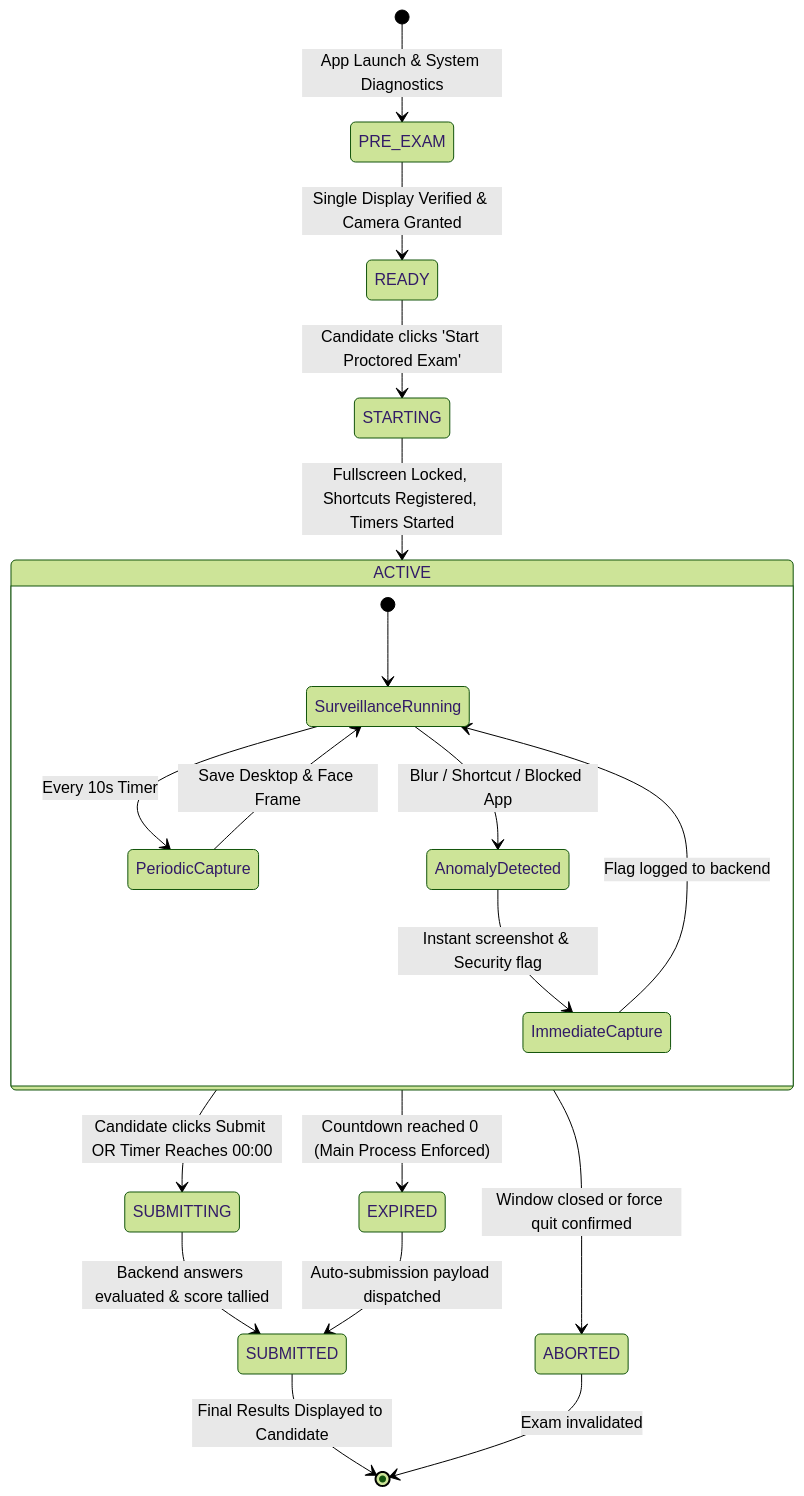
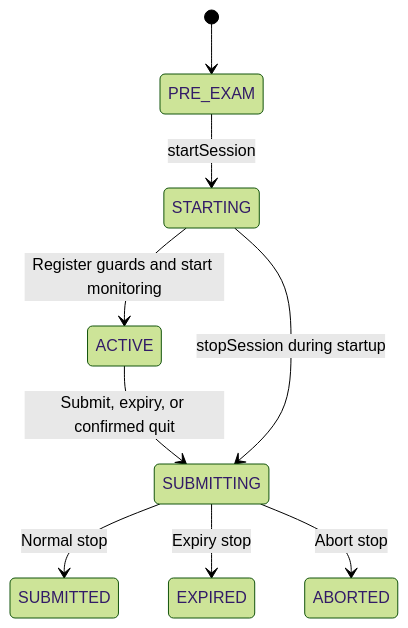
The second of 4 diagrams in docs/SYSTEM_DOCUMENTATION.md (nipun1803/Proctorly), drawn with Mermaid (forest theme) before and after one commit. The commit also changed other lines of this file and 3 other files, not shown here.

Commit message:
docs: add clear local setup instructions and update system and backend documentation

````diff
--- a/docs/SYSTEM_DOCUMENTATION.md
+++ b/docs/SYSTEM_DOCUMENTATION.md
@@ -77,26 +384,11 @@
 ```mermaid
 stateDiagram-v2
-    [*] --> PRE_EXAM: App Launch & System Diagnostics
-    PRE_EXAM --> READY: Single Display Verified & Camera Granted
-    READY --> STARTING: Candidate clicks 'Start Proctored Exam'
-    STARTING --> ACTIVE: Fullscreen Locked, Shortcuts Registered, Timers Started
-    
-    state ACTIVE {
-        [*] --> SurveillanceRunning
-        SurveillanceRunning --> PeriodicCapture: Every 10s Timer
-        PeriodicCapture --> SurveillanceRunning: Save Desktop & Face Frame
-        
-        SurveillanceRunning --> AnomalyDetected: Blur / Shortcut / Blocked App
-        AnomalyDetected --> ImmediateCapture: Instant screenshot & Security flag
-        ImmediateCapture --> SurveillanceRunning: Flag logged to backend
-    }
-    
-    ACTIVE --> SUBMITTING: Candidate clicks Submit OR Timer Reaches 00:00
-    ACTIVE --> ABORTED: Window closed or force quit confirmed
-    ACTIVE --> EXPIRED: Countdown reached 0 (Main Process Enforced)
-    
-    SUBMITTING --> SUBMITTED: Backend answers evaluated & score tallied
-    EXPIRED --> SUBMITTED: Auto-submission payload dispatched
-    SUBMITTED --> [*]: Final Results Displayed to Candidate
-    ABORTED --> [*]: Exam invalidated
+    [*] --> PRE_EXAM
+    PRE_EXAM --> STARTING: startSession
+    STARTING --> ACTIVE: Register guards and start monitoring
+    ACTIVE --> SUBMITTING: Submit, expiry, or confirmed quit
+    STARTING --> SUBMITTING: stopSession during startup
+    SUBMITTING --> SUBMITTED: Normal stop
+    SUBMITTING --> EXPIRED: Expiry stop
+    SUBMITTING --> ABORTED: Abort stop
 ```
````
